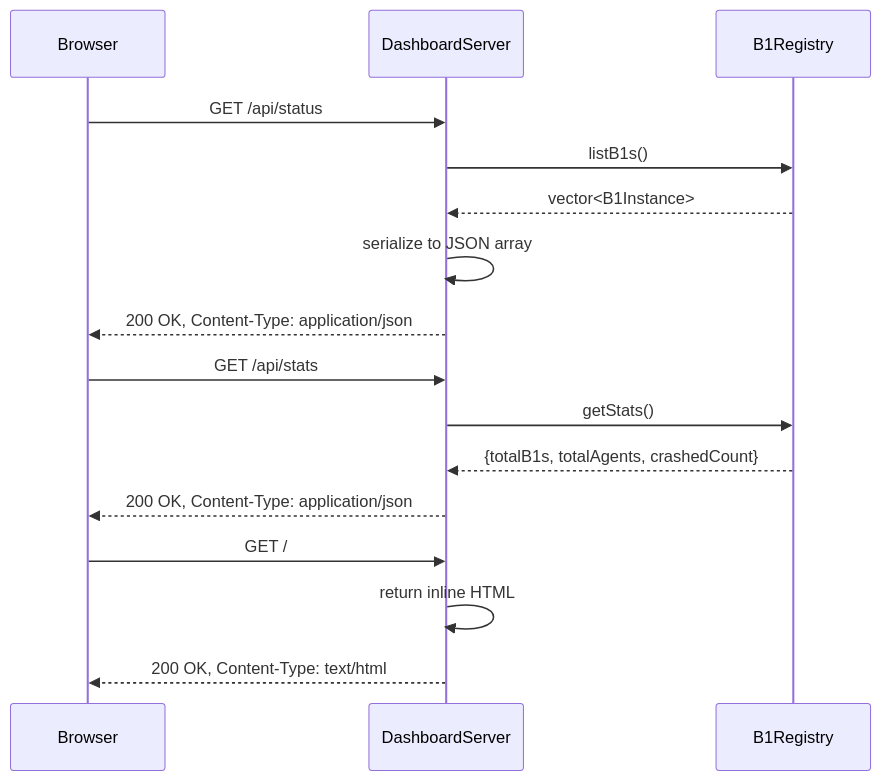
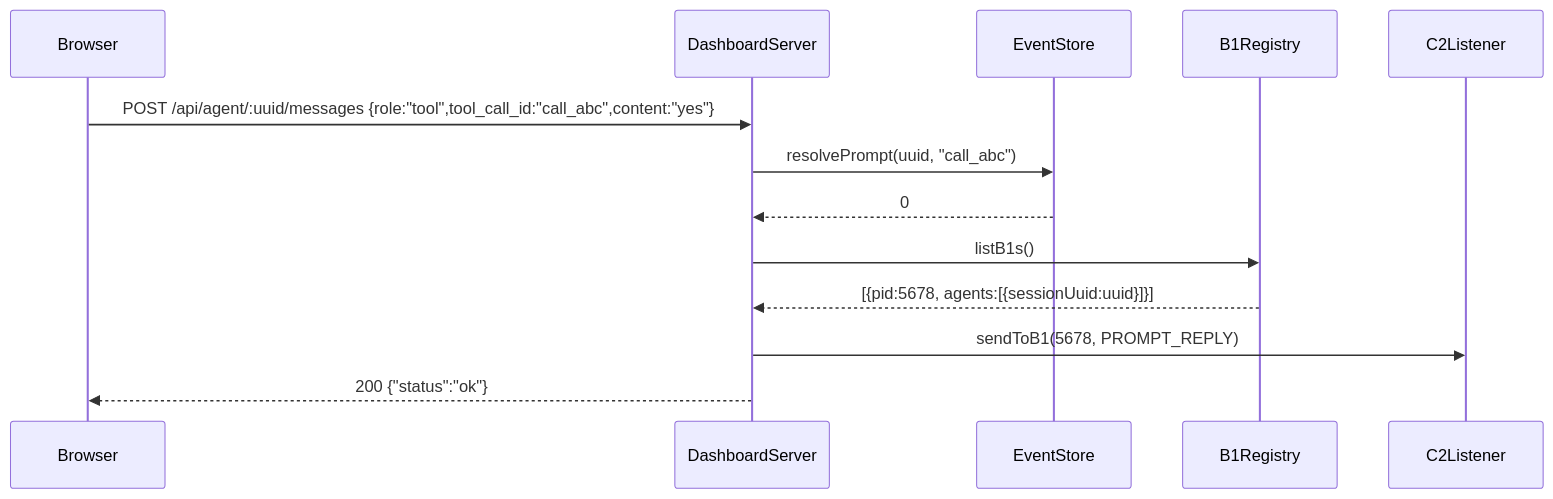
One commit to opensassi/a0 changed the fourth of 4 diagrams in src/c2/dashboard_server.spec.md. Above: the diagram before and after it, drawn with Mermaid. The commit also changed other lines of this file and 71 other files, not shown here.

````diff
--- a/src/c2/dashboard_server.spec.md
+++ b/src/c2/dashboard_server.spec.md
@@ -69,21 +149,16 @@
 ```mermaid
 sequenceDiagram
     participant Browser
     participant DS as DashboardServer
+    participant EV as EventStore
     participant REG as B1Registry
+    participant L as C2Listener
 
-    Browser->>DS: GET /api/status
+    Browser->>DS: POST /api/agent/:uuid/messages {role:"tool",tool_call_id:"call_abc",content:"yes"}
+    DS->>EV: resolvePrompt(uuid, "call_abc")
+    EV-->>DS: 0
     DS->>REG: listB1s()
-    REG-->>DS: vector<B1Instance>
-    DS->>DS: serialize to JSON array
-    DS-->>Browser: 200 OK, Content-Type: application/json
-
-    Browser->>DS: GET /api/stats
-    DS->>REG: getStats()
-    REG-->>DS: {totalB1s, totalAgents, crashedCount}
-    DS-->>Browser: 200 OK, Content-Type: application/json
-
-    Browser->>DS: GET /
-    DS->>DS: return inline HTML
-    DS-->>Browser: 200 OK, Content-Type: text/html
+    REG-->>DS: [{pid:5678, agents:[{sessionUuid:uuid}]}]
+    DS->>L: sendToB1(5678, PROMPT_REPLY)
+    DS-->>Browser: 200 {"status":"ok"}
 ```
````
